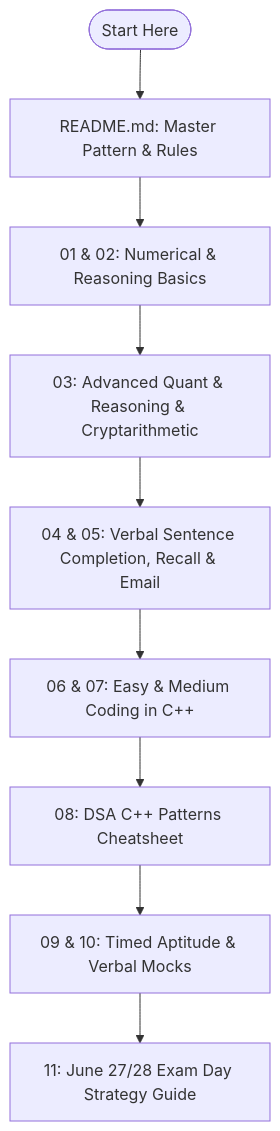
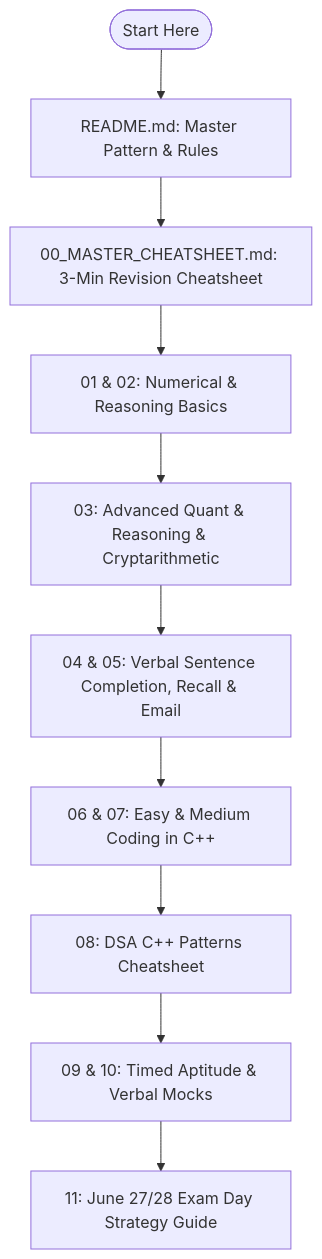
The first of 2 diagrams in README.md (Raviranjan010/TCS-NQT), drawn with Mermaid before and after one commit. The commit also changed other lines of this file and 1346 other files, not shown here.

````diff
--- a/README.md
+++ b/README.md
@@ -10,11 +10,12 @@
 ```mermaid
 graph TD
     Start([Start Here]) --> R[README.md: Master Pattern & Rules]
-    R --> S1[01 & 02: Numerical & Reasoning Basics]
+    R --> CS[00_MASTER_CHEATSHEET.md: 3-Min Revision Cheatsheet]
+    CS --> S1[01 & 02: Numerical & Reasoning Basics]
     S1 --> S2[03: Advanced Quant & Reasoning & Cryptarithmetic]
     S2 --> S3[04 & 05: Verbal Sentence Completion, Recall & Email]
     S3 --> S4[06 & 07: Easy & Medium Coding in C++]
     S4 --> S5[08: DSA C++ Patterns Cheatsheet]
     S5 --> M1[09 & 10: Timed Aptitude & Verbal Mocks]
     M1 --> Fin[11: June 27/28 Exam Day Strategy Guide]
 ```
````
